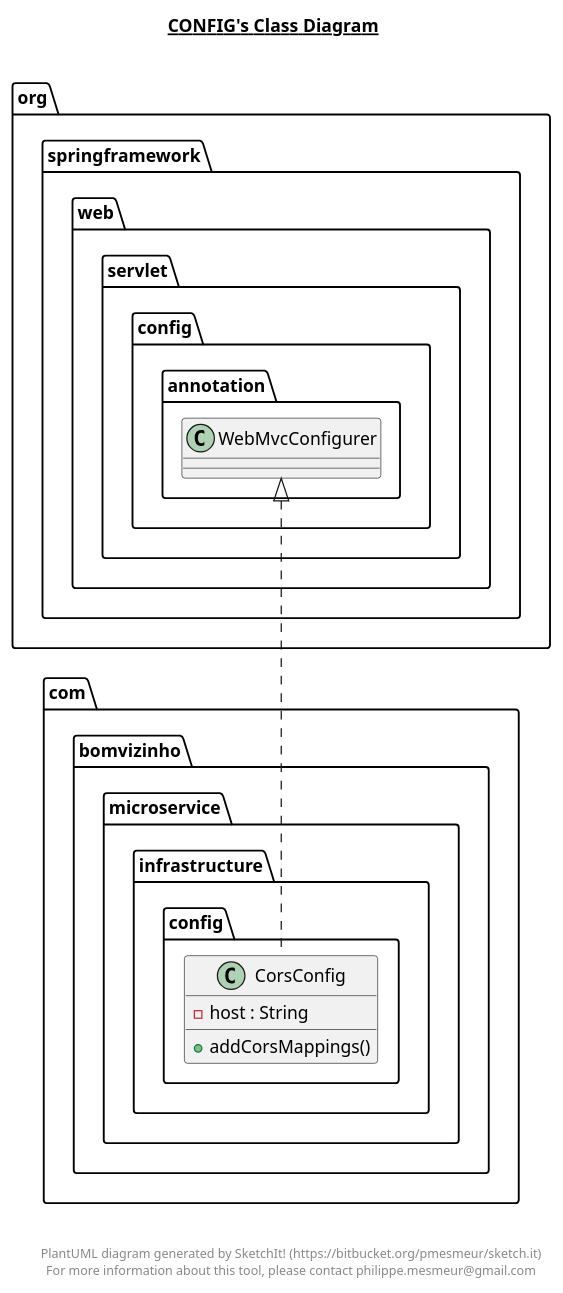
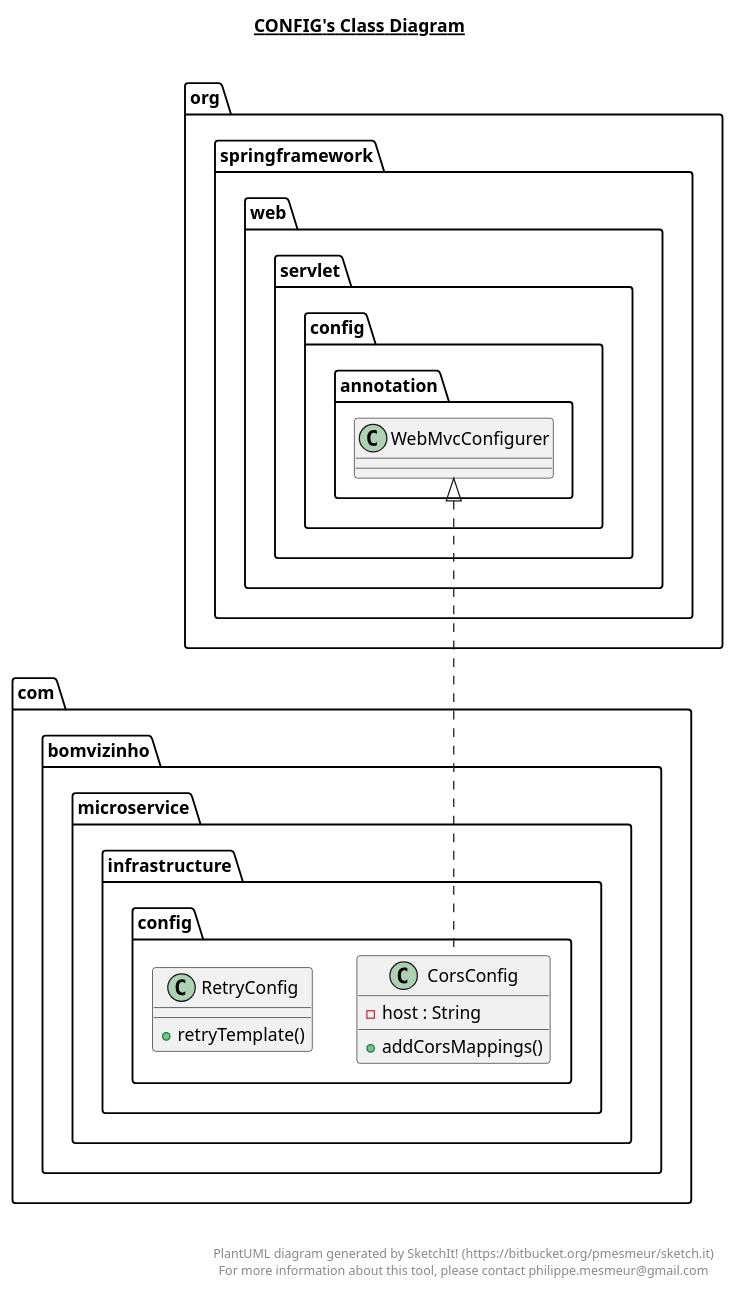
Before and after one commit to viniciustavanoferreira/voluntariado-backend: the diagram in src/main/java/com/bomvizinho/microservice/infrastructure/config/config.plantuml, drawn with PlantUML. The commit also changed 21 other files, not shown here.

Commit message:
feat: add plantuml and return service when create or uptade

```diff
--- a/src/main/java/com/bomvizinho/microservice/infrastructure/config/config.plantuml
+++ b/src/main/java/com/bomvizinho/microservice/infrastructure/config/config.plantuml
@@ -1,25 +1,34 @@
 @startuml
 
 title __CONFIG's Class Diagram__\n
 
   namespace com.bomvizinho.microservice {
     namespace infrastructure.config {
       class com.bomvizinho.microservice.infrastructure.config.CorsConfig {
           - host : String
           + addCorsMappings()
+      }
+    }
+  }
+  
+
+  namespace com.bomvizinho.microservice {
+    namespace infrastructure.config {
+      class com.bomvizinho.microservice.infrastructure.config.RetryConfig {
+          + retryTemplate()
       }
     }
   }
   
 
   com.bomvizinho.microservice.infrastructure.config.CorsConfig .up.|> org.springframework.web.servlet.config.annotation.WebMvcConfigurer
 
 
 right footer
 
 
 PlantUML diagram generated by SketchIt! (https://bitbucket.org/pmesmeur/sketch.it)
 For more information about this tool, please contact philippe.mesmeur@gmail.com
 endfooter
 
 @enduml
```
